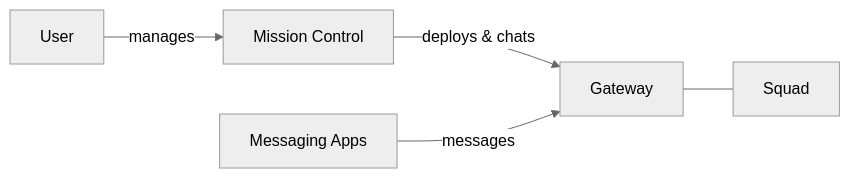
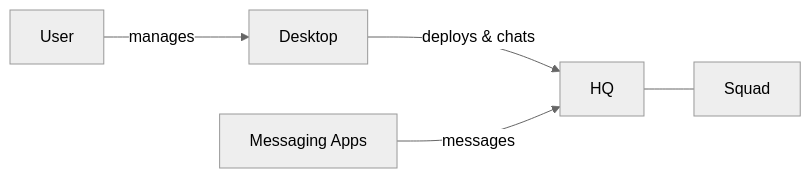
The diagram in docs/how-dash-works.mdx (volumegambit/Dash), drawn with Mermaid (neutral theme) before and after one commit. The commit also changed other lines of this file and 165 other files, not shown here.

Commit message:
Rename Gateway to HQ and Mission Control to Desktop

````diff
--- a/docs/how-dash-works.mdx
+++ b/docs/how-dash-works.mdx
@@ -14,7 +14,7 @@
 ```mermaid
 graph LR
-    User -->|manages| MC[Mission Control]
-    MC -->|deploys & chats| GW[Gateway]
+    User -->|manages| MC[Desktop]
+    MC -->|deploys & chats| GW[HQ]
     GW --- A1[Squad]
     MA[Messaging Apps] -->|messages| GW
 ```
````
